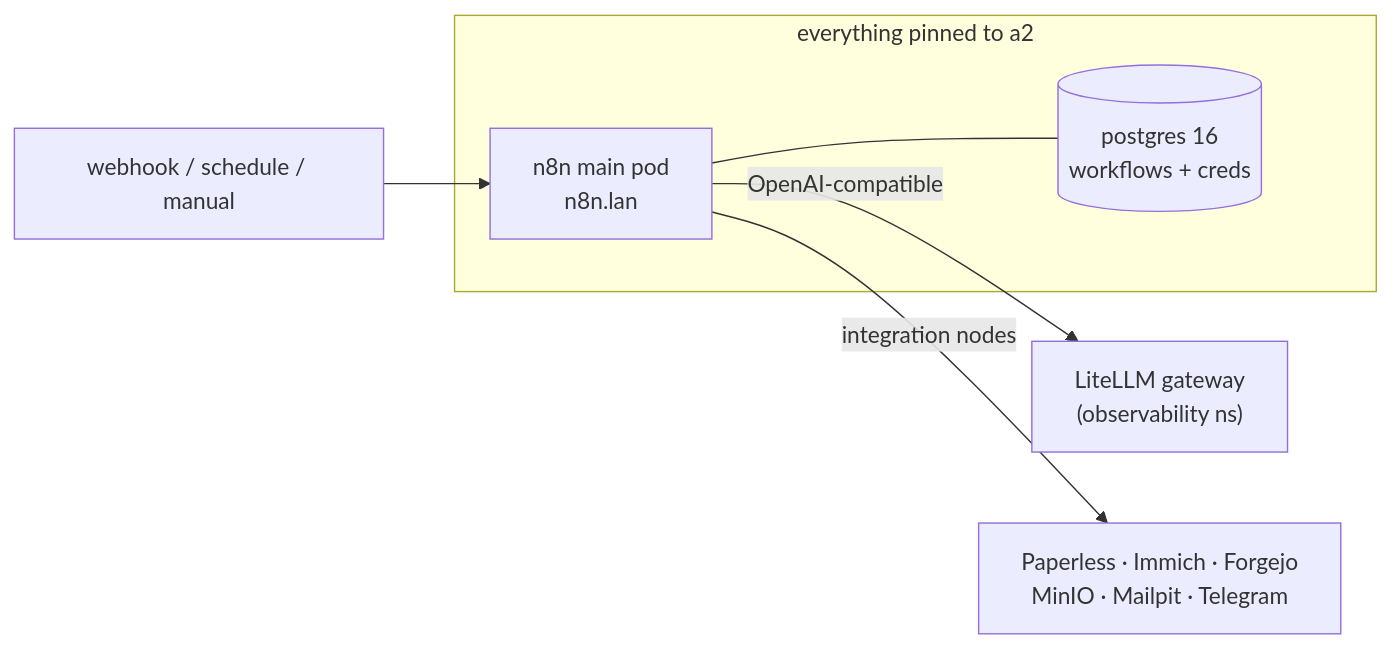
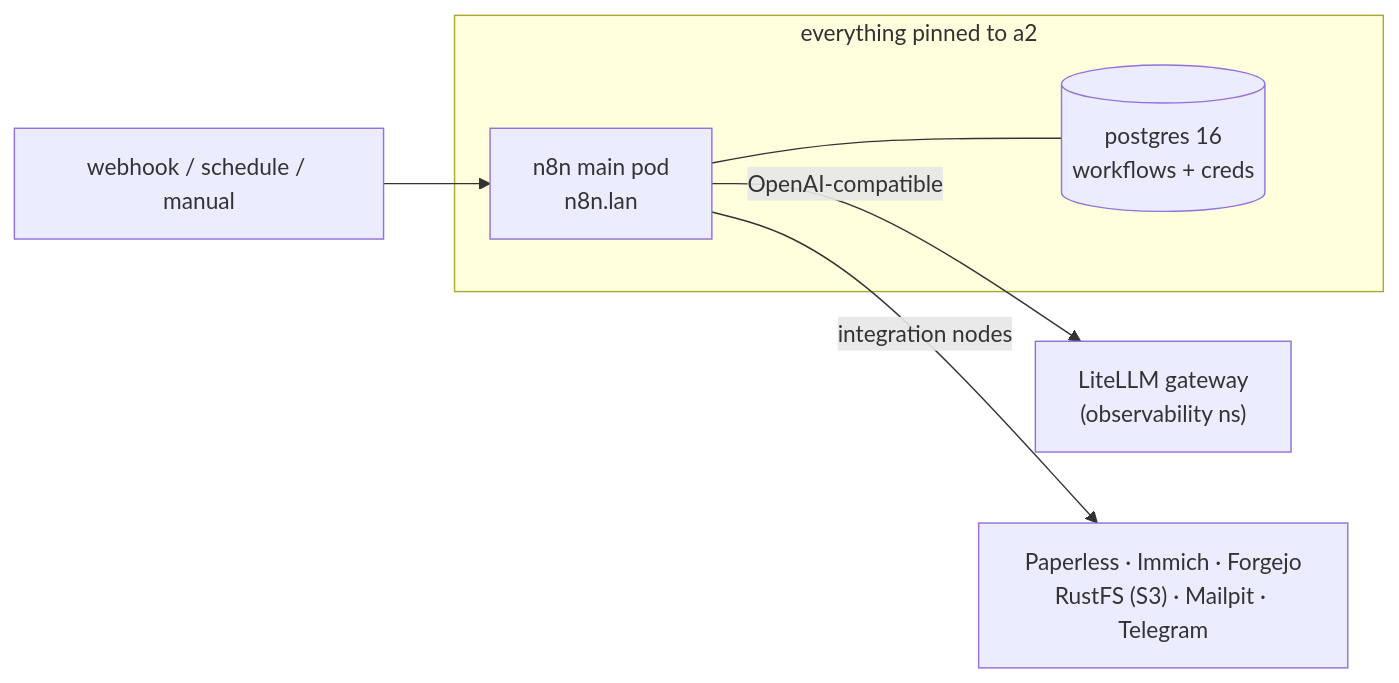
The diagram in docs-site/docs/data/n8n.md (briancaffey/home-lab), drawn with Mermaid before and after one commit. The commit also changed other lines of this file and 28 other files, not shown here.

````diff
--- a/docs-site/docs/data/n8n.md
+++ b/docs-site/docs/data/n8n.md
@@ -32,11 +32,11 @@
 ```mermaid
 flowchart LR
     subgraph a2["everything pinned to a2"]
         N["n8n main pod<br/>n8n.lan"]
         PG[("postgres 16<br/>workflows + creds")]
     end
     HOOK["webhook / schedule / manual"] --> N
     N --- PG
     N -->|"OpenAI-compatible"| L["LiteLLM gateway<br/>(observability ns)"]
-    N -->|"integration nodes"| S["Paperless · Immich · Forgejo<br/>MinIO · Mailpit · Telegram"]
+    N -->|"integration nodes"| S["Paperless · Immich · Forgejo<br/>RustFS (S3) · Mailpit · Telegram"]
 ```
````
